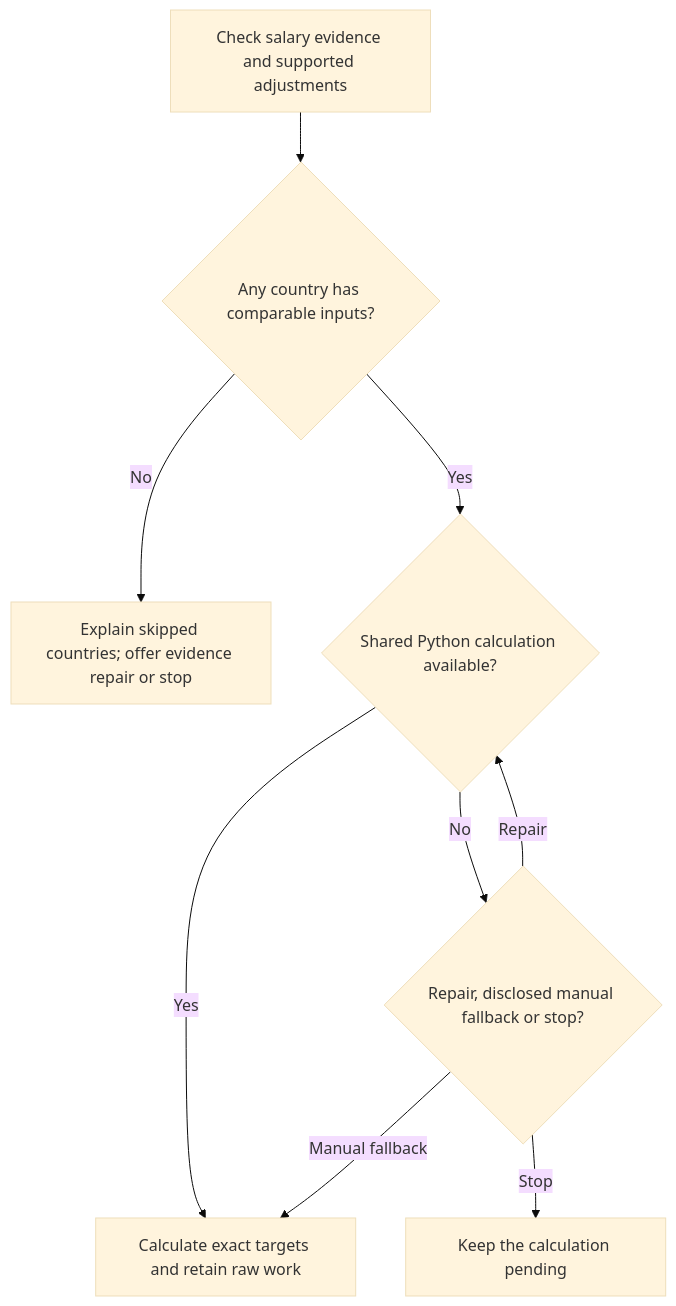
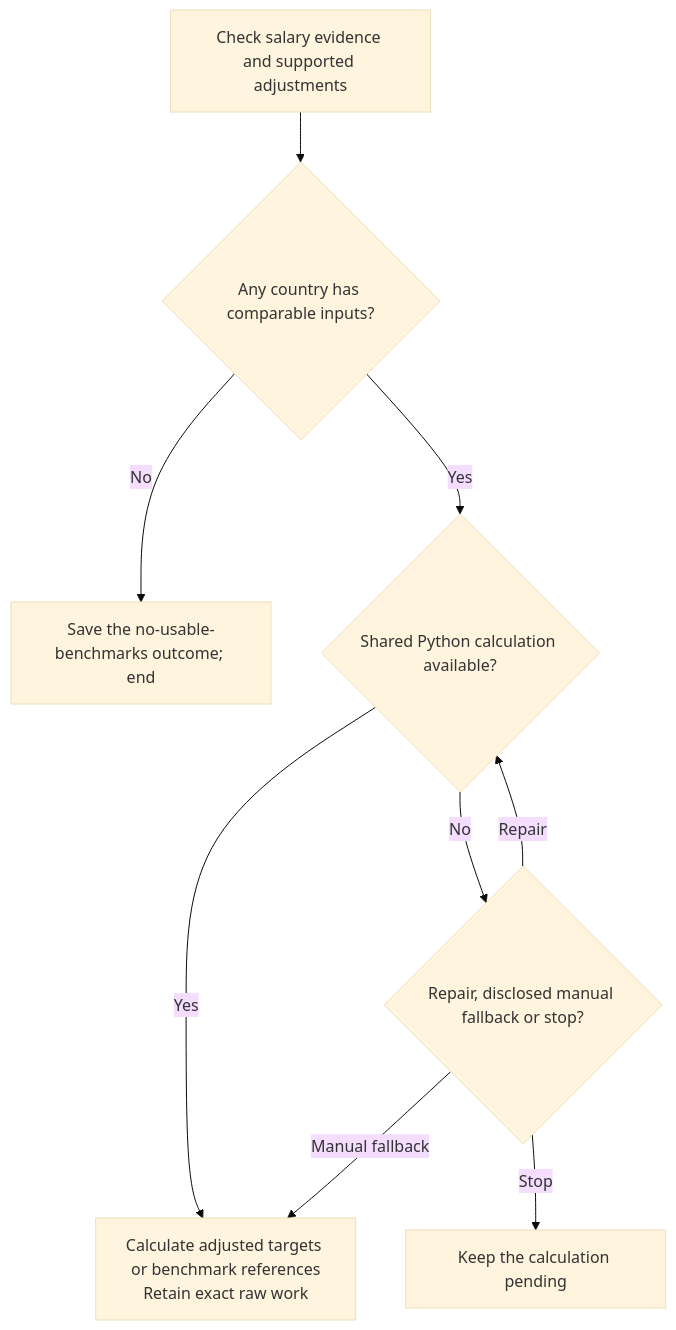
Before and after one commit to myowinthein/agent-compass: the first of 2 diagrams in docs/commands/salary-calculator/step4-table-calculation/detailed.md, drawn with Mermaid (base theme). The commit also changed other lines of this file and 25 other files, not shown here.

First line of the commit message:
fix(salary-calculator): continue with supported benchmark evidence

````diff
--- a/docs/commands/salary-calculator/step4-table-calculation/detailed.md
+++ b/docs/commands/salary-calculator/step4-table-calculation/detailed.md
@@ -27,11 +27,11 @@
 ```mermaid
 flowchart TD
   Inputs["Check salary evidence and supported adjustments"] --> Usable{"Any country has comparable inputs?"}
-  Usable -->|No| Skips["Explain skipped countries; offer evidence repair or stop"]
+  Usable -->|No| Skips["Save the no-usable-benchmarks outcome; end"]
   Usable -->|Yes| Runtime{"Shared Python calculation available?"}
-  Runtime -->|Yes| Calculate["Calculate exact targets and retain raw work"]
+  Runtime -->|Yes| Calculate["Calculate adjusted targets or benchmark references<br/>Retain exact raw work"]
   Runtime -->|No| Choice{"Repair, disclosed manual fallback or stop?"}
   Choice -->|Repair| Runtime
   Choice -->|Manual fallback| Calculate
   Choice -->|Stop| Pending["Keep the calculation pending"]
 ```
````
